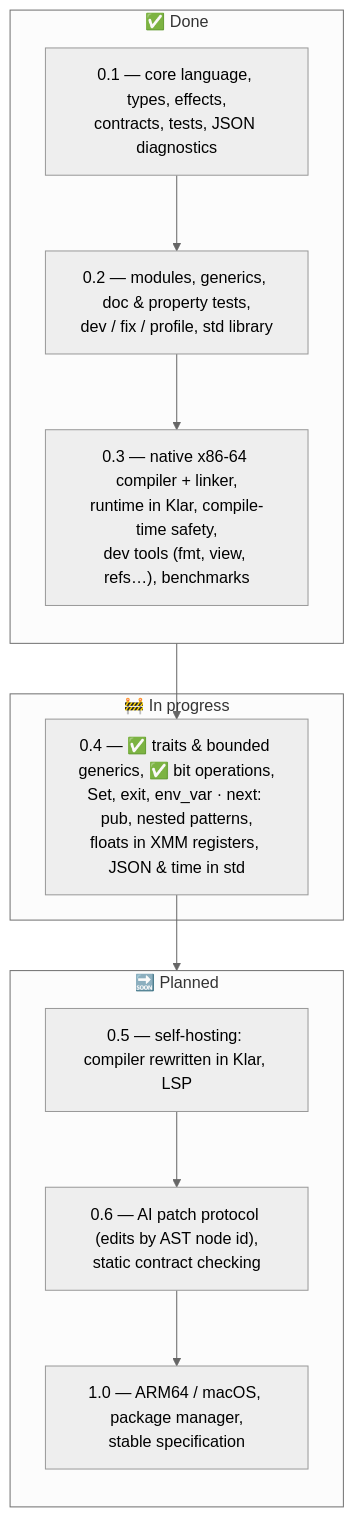
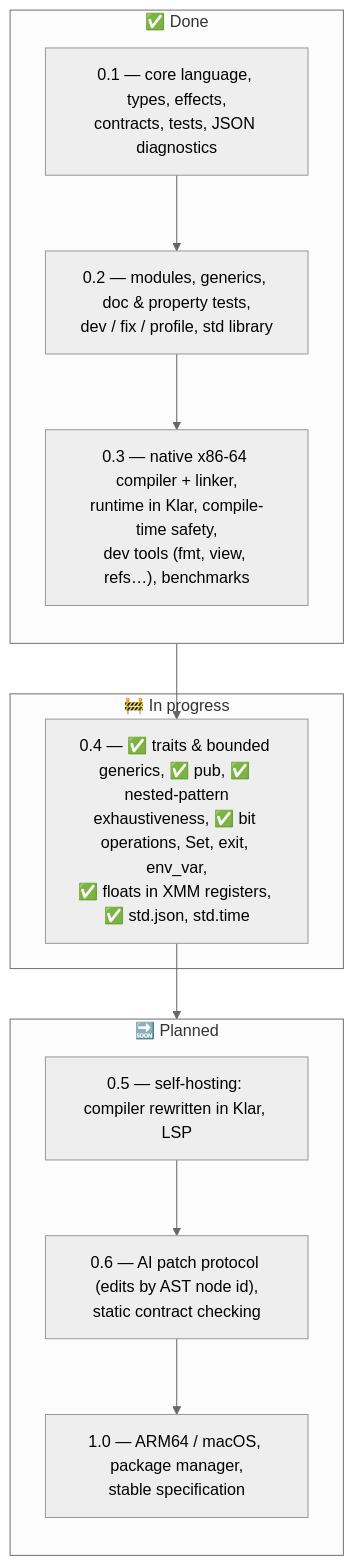
The second of 2 diagrams in README.md (veosett/Klar), drawn with Mermaid (neutral theme) before and after one commit. The commit also changed other lines of this file and 41 other files, not shown here.

First line of the commit message:
Add pub visibility, nested exhaustiveness, floats in XMM, std.json and std.time

````diff
--- a/README.md
+++ b/README.md
@@ -156,21 +156,21 @@
 ```mermaid
 flowchart TB
     subgraph done["✅ Done"]
         direction TB
         v01["0.1 — core language, types, effects,<br/>contracts, tests, JSON diagnostics"]
         v02["0.2 — modules, generics, doc &amp; property tests,<br/>dev / fix / profile, std library"]
         v03["0.3 — native x86-64 compiler + linker,<br/>runtime in Klar, compile-time safety,<br/>dev tools (fmt, view, refs…), benchmarks"]
         v01 --> v02 --> v03
     end
     subgraph now["🚧 In progress"]
-        v04["0.4 — ✅ traits &amp; bounded generics, ✅ bit operations,<br/>Set, exit, env_var · next: pub, nested patterns,<br/>floats in XMM registers, JSON &amp; time in std"]
+        v04["0.4 — ✅ traits &amp; bounded generics, ✅ pub, ✅ nested-pattern<br/>exhaustiveness, ✅ bit operations, Set, exit, env_var,<br/>✅ floats in XMM registers, ✅ std.json, std.time"]
     end
     subgraph next["🔜 Planned"]
         direction TB
         v05["0.5 — self-hosting: compiler rewritten in Klar, LSP"]
         v06["0.6 — AI patch protocol (edits by AST node id),<br/>static contract checking"]
         v10["1.0 — ARM64 / macOS, package manager,<br/>stable specification"]
         v05 --> v06 --> v10
     end
     v03 --> v04 --> v05
 ```
````
